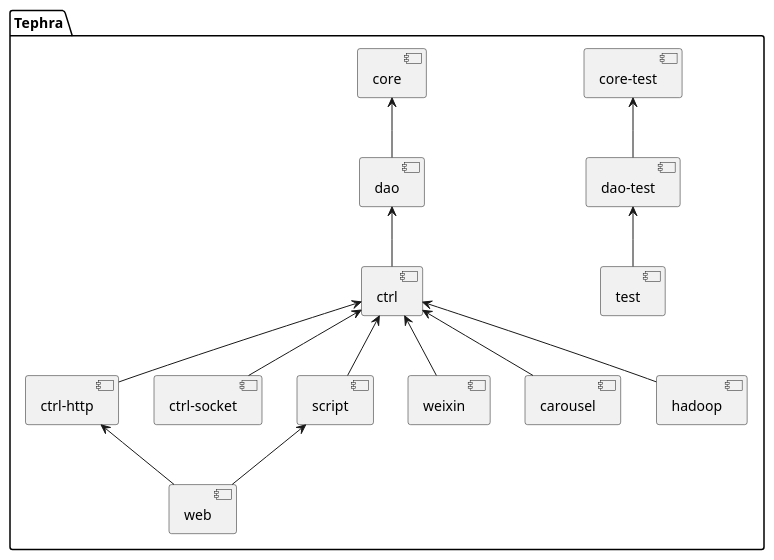
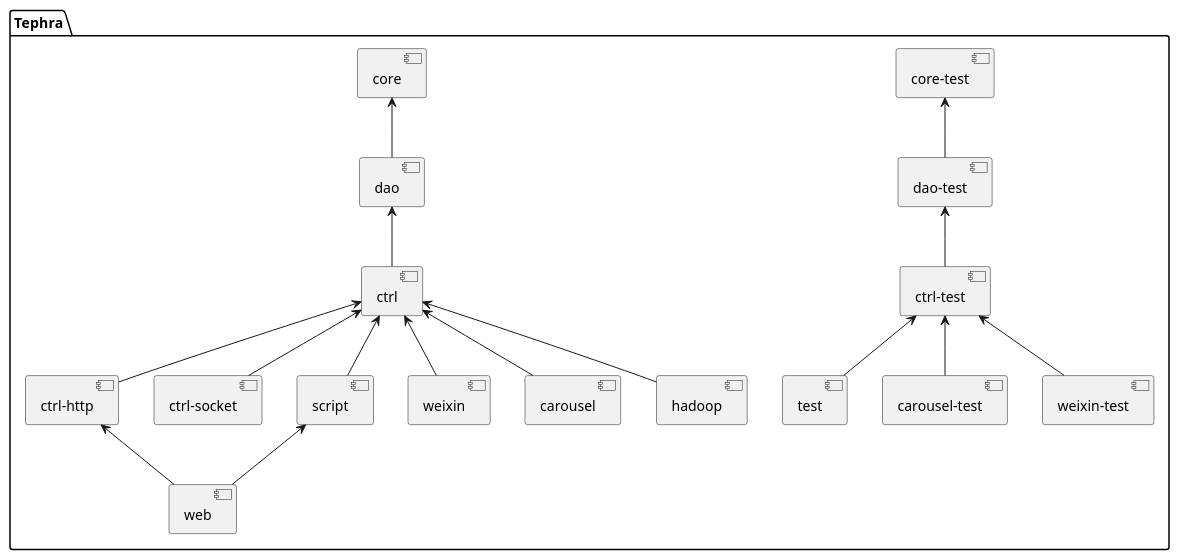
One commit to wangscript007/tephra changed the diagram in doc/uml/front/first/module.puml. Above: the diagram before and after it, drawn with PlantUML. The commit also changed 51 other files, not shown here.

```diff
--- a/doc/uml/front/first/module.puml
+++ b/doc/uml/front/first/module.puml
@@ -1,19 +1,22 @@
 @startuml
 
 package Tephra {
 [core-test] <-- [dao-test]
-[dao-test] <-- [test]
+[dao-test] <-- [ctrl-test]
+[ctrl-test] <-- [test]
+[ctrl-test] <-- [carousel-test]
+[ctrl-test] <-- [weixin-test]
 
 [core] <-- [dao]
 [dao] <-- [ctrl]
 [ctrl] <-- [ctrl-http]
 [ctrl] <-- [ctrl-socket]
 [ctrl] <-- [script]
 [ctrl] <-- [weixin]
 [ctrl] <-- [carousel]
 [ctrl] <-- [hadoop]
 [script] <-- [web]
 [ctrl-http] <-- [web]
 }
 
 @enduml
```
